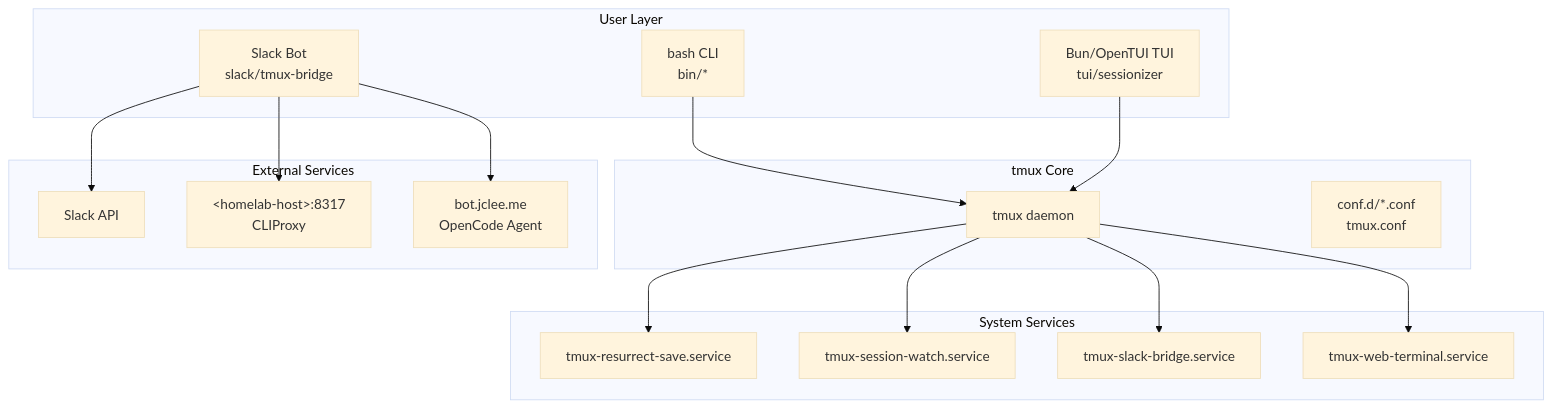
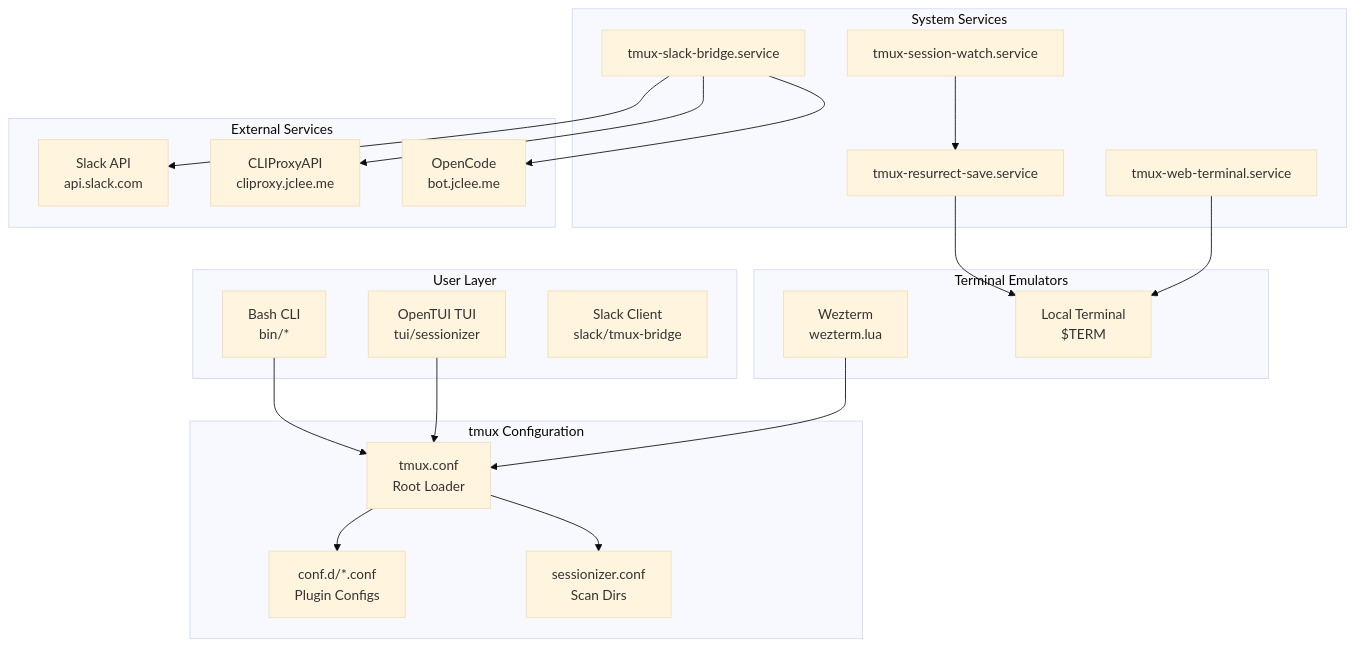
The diagram in README.md (jclee941/tmux), drawn with Mermaid (base theme) before and after one commit. The commit also changed other lines of this file, not shown here.

````diff
--- a/README.md
+++ b/README.md
@@ -63,36 +98,46 @@
 ```mermaid
 flowchart TB
-    subgraph User["User Layer"]
-        CLI["bash CLI<br/>bin/*"]
-        TUI["Bun/OpenTUI TUI<br/>tui/sessionizer"]
-        SlackBot["Slack Bot<br/>slack/tmux-bridge"]
+    subgraph "User Layer"
+        CLI["Bash CLI<br/>bin/*"]
+        TUI["OpenTUI TUI<br/>tui/sessionizer"]
+        Slack["Slack Client<br/>slack/tmux-bridge"]
     end
 
-    subgraph Core["tmux Core"]
-        TMUX["tmux daemon"]
-        CONF["conf.d/*.conf<br/>tmux.conf"]
+    subgraph "tmux Configuration"
+        TMUX["tmux.conf<br/>Root Loader"]
+        CONF["conf.d/*.conf<br/>Plugin Configs"]
+        SESS["sessionizer.conf<br/>Scan Dirs"]
     end
 
-    subgraph Services["System Services"]
+    subgraph "System Services"
         RESURRECT["tmux-resurrect-save.service"]
         WATCH["tmux-session-watch.service"]
         SLACK_SVC["tmux-slack-bridge.service"]
-        WEB_TERM["tmux-web-terminal.service"]
+        WEB["tmux-web-terminal.service"]
     end
 
-    subgraph External["External Services"]
-        SLACK["Slack API"]
-        PROXY["&lt;homelab-host&gt;:8317<br/>CLIProxy"]
-        OPCODE["bot.jclee.me<br/>OpenCode Agent"]
+    subgraph "External Services"
+        SLACK["Slack API<br/>api.slack.com"]
+        PROXY["CLIProxyAPI<br/>cliproxy.jclee.me"]
+        OPENCODE["OpenCode<br/>bot.jclee.me"]
+    end
+
+    subgraph "Terminal Emulators"
+        WEZTERM["Wezterm<br/>wezterm.lua"]
+        LOCAL["Local Terminal<br/>$TERM"]
     end
 
     CLI --> TMUX
     TUI --> TMUX
-    SlackBot --> SLACK
-    SlackBot --> PROXY
-    TMUX --> RESURRECT
-    TMUX --> WATCH
-    TMUX --> SLACK_SVC
-    TMUX --> WEB_TERM
-    SlackBot --> OPCODE
+    TMUX --> CONF
+    TMUX --> SESS
+
+    SLACK_SVC --> SLACK
+    SLACK_SVC --> PROXY
+    SLACK_SVC --> OPENCODE
+
+    WATCH --> RESURRECT
+    RESURRECT --> LOCAL
+    WEB --> LOCAL
+    WEZTERM --> TMUX
 ```
````
